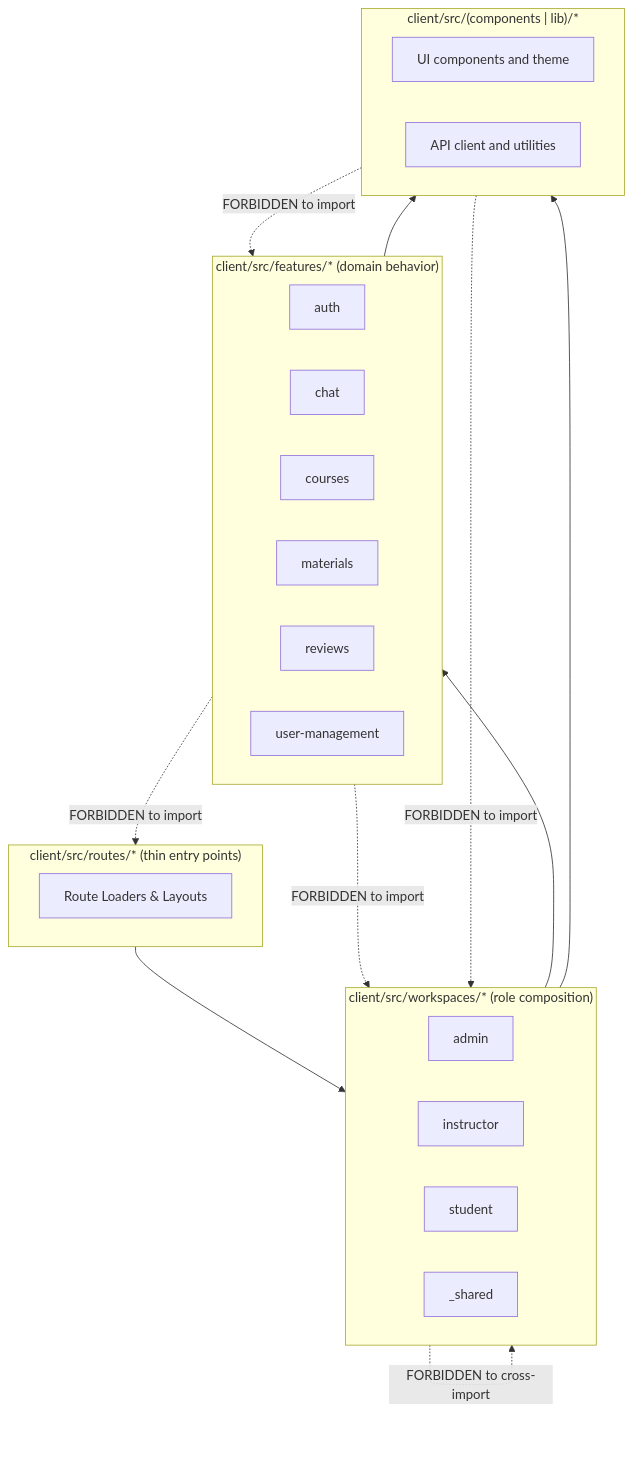
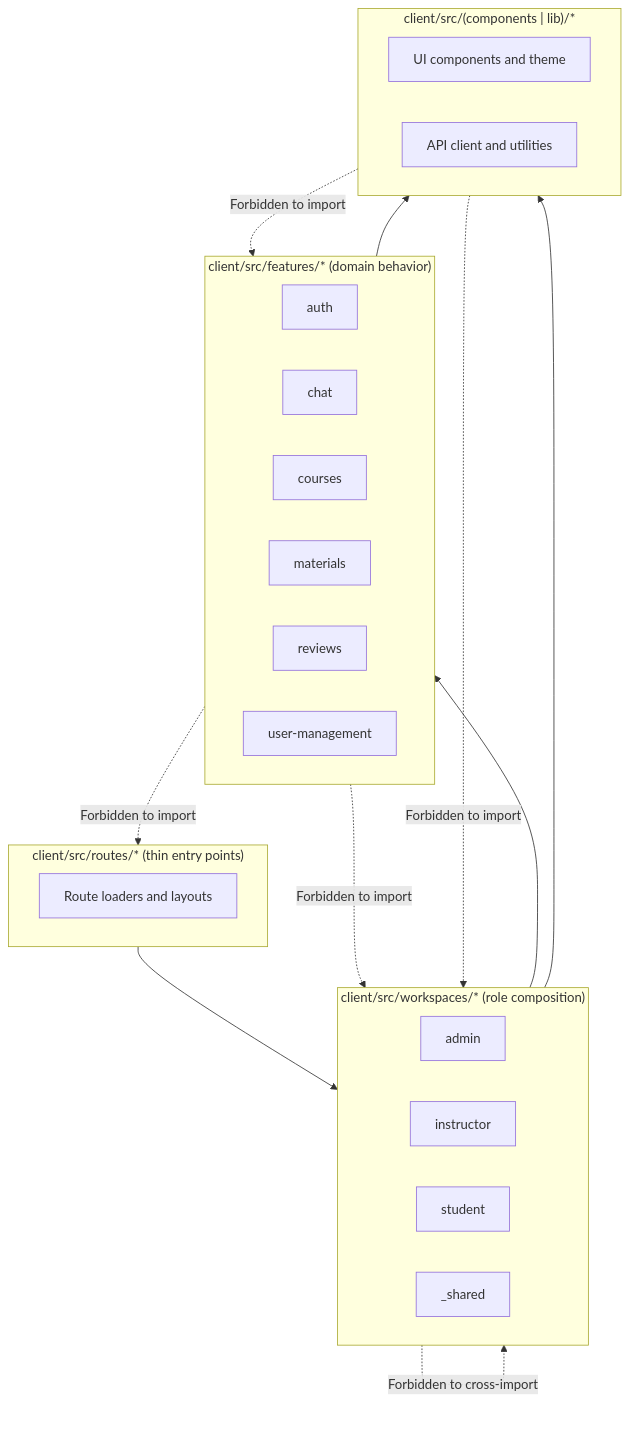
The third of 3 diagrams in docs/developer-guide/03-architecture-and-boundaries.md (MahmoudAhmed184/Morshid), drawn with Mermaid before and after one commit. The commit also changed other lines of this file and 17 other files, not shown here.

````diff
--- a/docs/developer-guide/03-architecture-and-boundaries.md
+++ b/docs/developer-guide/03-architecture-and-boundaries.md
@@ -103,38 +103,38 @@
 ```mermaid
 graph TD
     subgraph Routes["client/src/routes/* (thin entry points)"]
-        R1[Route Loaders & Layouts]
+        R1[Route loaders and layouts]
     end
 
     subgraph Workspaces["client/src/workspaces/* (role composition)"]
         W1[admin]
         W2[instructor]
         W3[student]
         W4[_shared]
     end
 
     subgraph Features["client/src/features/* (domain behavior)"]
         F1[auth]
         F2[chat]
         F3[courses]
         F4[materials]
         F5[reviews]
         F6[user-management]
     end
 
     subgraph Shared["client/src/(components | lib)/*"]
         S1[UI components and theme]
         S2[API client and utilities]
     end
 
     Routes --> Workspaces
     Workspaces --> Features
     Workspaces --> Shared
     Features --> Shared
     
-    Workspaces -.->|FORBIDDEN to cross-import| Workspaces
-    Features -.->|FORBIDDEN to import| Workspaces
-    Features -.->|FORBIDDEN to import| Routes
-    Shared -.->|FORBIDDEN to import| Features
-    Shared -.->|FORBIDDEN to import| Workspaces
+    Workspaces -.->|Forbidden to cross-import| Workspaces
+    Features -.->|Forbidden to import| Workspaces
+    Features -.->|Forbidden to import| Routes
+    Shared -.->|Forbidden to import| Features
+    Shared -.->|Forbidden to import| Workspaces
 ```
````
